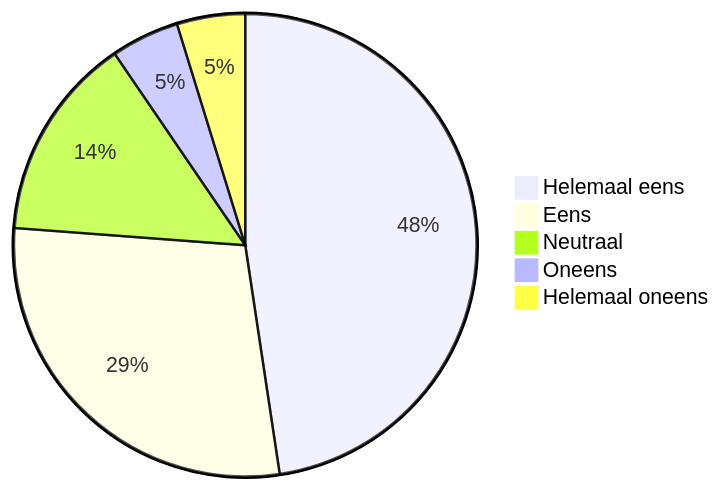
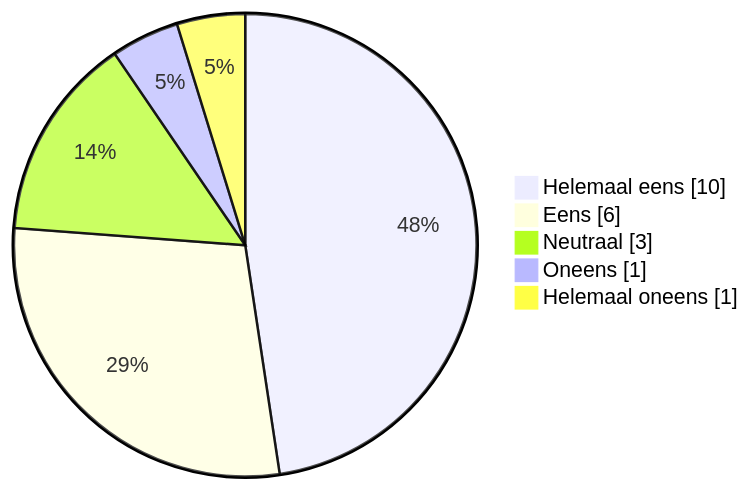
One commit to HU-ICT-LAB/VR-Cache changed the seventh of 11 diagrams in documentatie/Onderzoeksdocument.md. Above: the diagram before and after it, drawn with Mermaid. The commit also changed other lines of this file, not shown here.

````diff
--- a/documentatie/Onderzoeksdocument.md
+++ b/documentatie/Onderzoeksdocument.md
@@ -323,8 +323,8 @@
   ```mermaid
-  pie
+  pie showData
     "Helemaal eens" : 10
     "Eens" : 6
     "Neutraal" : 3
     "Oneens" : 1
     "Helemaal oneens" : 1
   ```
````
